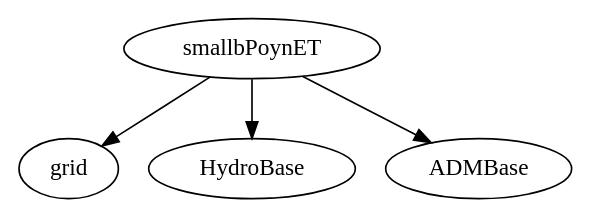
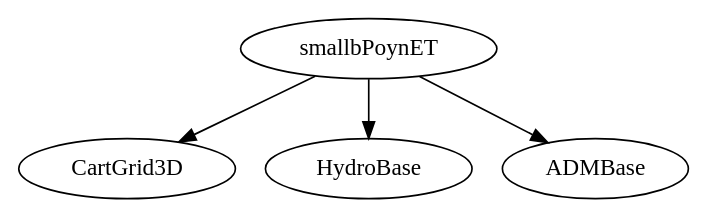
Before and after one commit to YuLiumt/Cactus: the third of 6 diagrams in note/Guide/Analysis.rst, drawn with Graphviz. The commit also changed other lines of this file and 91 other files, not shown here.

```diff
--- a/note/Guide/Analysis.rst
+++ b/note/Guide/Analysis.rst
@@ -102,5 +102,5 @@
 .. digraph:: foo
 
-    "smallbPoynET" -> "grid";
+    "smallbPoynET" -> "CartGrid3D";
     "smallbPoynET" -> "HydroBase";
     "smallbPoynET" -> "ADMBase";
```
